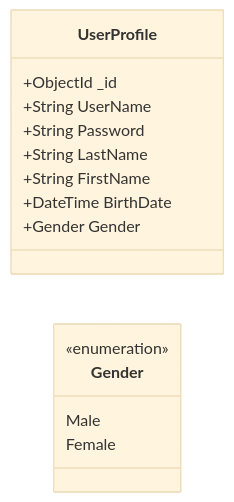
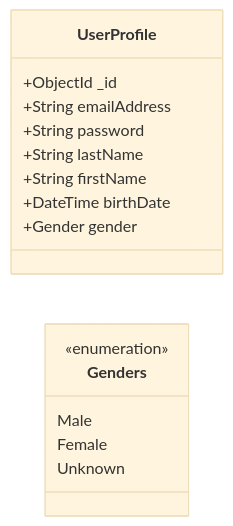
Before and after one commit to PatersonMichael/fitness-tracker-app: the diagram in api/docs/domain-model.mermaid.md, drawn with Mermaid (base theme).

Commit message:
edits to initial domain model class diagram

````diff
--- a/api/docs/domain-model.mermaid.md
+++ b/api/docs/domain-model.mermaid.md
@@ -3,19 +3,20 @@
 ```mermaid
 classDiagram
 direction RL
     class UserProfile {
         +ObjectId _id
-        +String UserName
-        +String Password
-        +String LastName
-        +String FirstName
-        +DateTime BirthDate
-        +Gender Gender
+        +String emailAddress
+        +String password
+        +String lastName
+        +String firstName
+        +DateTime birthDate
+        +Gender gender
     }
 
-    class Gender {
+    class Genders {
         <<enumeration>>
         Male
         Female
+        Unknown
     }
 ```
````
